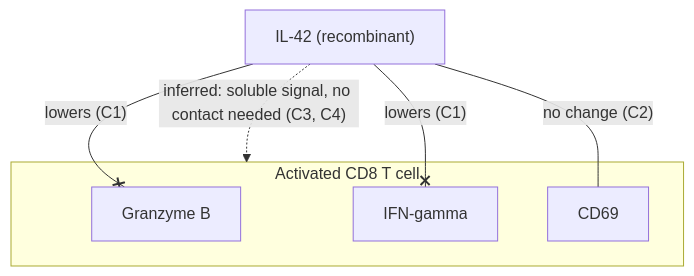
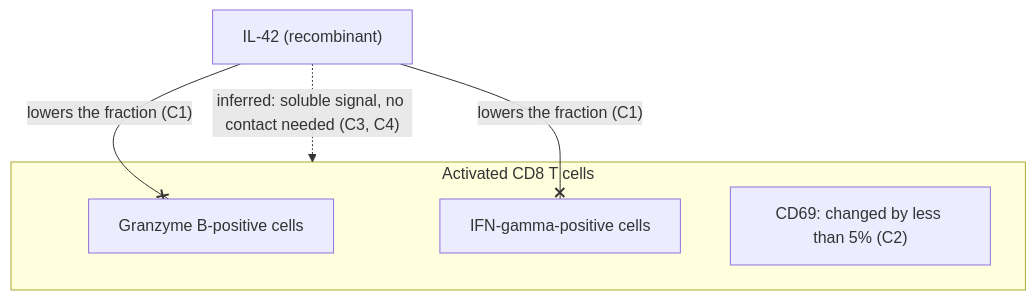
The second of 2 diagrams in skills/_shared/examples/reading-note-v2.md (hele211/crickNote), drawn with Mermaid before and after one commit. The commit also changed other lines of this file and 9 other files, not shown here.

````diff
--- a/skills/_shared/examples/reading-note-v2.md
+++ b/skills/_shared/examples/reading-note-v2.md
@@ -50,13 +53,12 @@
 ```mermaid
 flowchart TB
   IL["IL-42 (recombinant)"]
-  subgraph CD8["Activated CD8 T cell"]
-    GZB["Granzyme B"]
-    IFN["IFN-gamma"]
-    CD69["CD69"]
+  subgraph CD8["Activated CD8 T cells"]
+    GZB["Granzyme B-positive cells"]
+    IFN["IFN-gamma-positive cells"]
+    CD69["CD69: changed by less than 5% (C2)"]
   end
-  IL --x|"lowers (C1)"| GZB
-  IL --x|"lowers (C1)"| IFN
-  IL ---|"no change (C2)"| CD69
+  IL --x|"lowers the fraction (C1)"| GZB
+  IL --x|"lowers the fraction (C1)"| IFN
   IL -.->|"inferred: soluble signal, no contact needed (C3, C4)"| CD8
 ```
````
